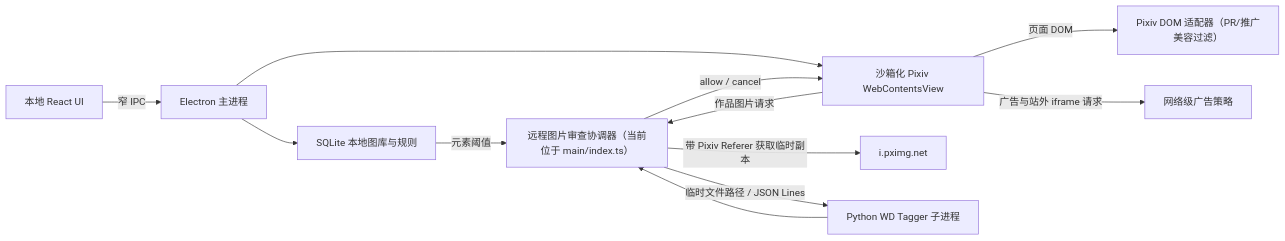
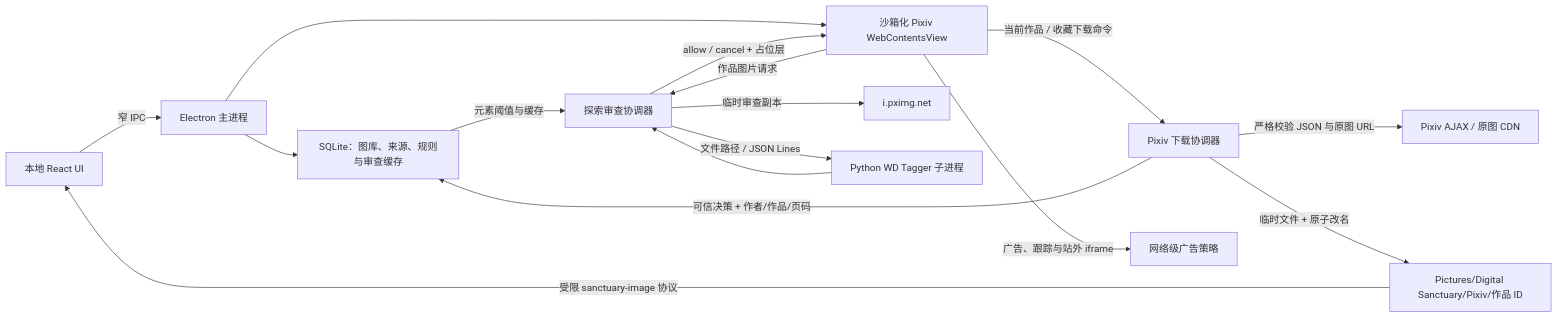
The diagram in ARCHITECTURE.md (DemonGatanjieu/Digital-Sanctuary), drawn with Mermaid before and after one commit. The commit also changed other lines of this file and 11 other files, not shown here.

Commit message:
docs: align architecture after gallery milestone

````diff
--- a/ARCHITECTURE.md
+++ b/ARCHITECTURE.md
@@ -22,14 +23,18 @@
 ```mermaid
 flowchart LR
   UI["本地 React UI"] -->|"窄 IPC"| MAIN["Electron 主进程"]
-  MAIN --> DB["SQLite 本地图库与规则"]
+  MAIN --> DB["SQLite：图库、来源、规则与审查缓存"]
   MAIN --> VIEW["沙箱化 Pixiv WebContentsView"]
-  VIEW -->|"作品图片请求"| REVIEW["远程图片审查协调器（当前位于 main/index.ts）"]
-  VIEW -->|"页面 DOM"| DOM["Pixiv DOM 适配器（PR/推广美容过滤）"]
-  REVIEW -->|"带 Pixiv Referer 获取临时副本"| CDN["i.pximg.net"]
-  REVIEW -->|"临时文件路径 / JSON Lines"| VISION["Python WD Tagger 子进程"]
+  VIEW -->|"作品图片请求"| REVIEW["探索审查协调器"]
+  VIEW -->|"当前作品 / 收藏下载命令"| DOWNLOAD["Pixiv 下载协调器"]
+  REVIEW -->|"临时审查副本"| CDN["i.pximg.net"]
+  REVIEW -->|"文件路径 / JSON Lines"| VISION["Python WD Tagger 子进程"]
   VISION --> REVIEW
-  DB -->|"元素阈值"| REVIEW
-  REVIEW -->|"allow / cancel"| VIEW
-  VIEW -->|"广告与站外 iframe 请求"| ADBLOCK["网络级广告策略"]
+  DB -->|"元素阈值与缓存"| REVIEW
+  REVIEW -->|"allow / cancel + 占位层"| VIEW
+  DOWNLOAD -->|"严格校验 JSON 与原图 URL"| PIXIV["Pixiv AJAX / 原图 CDN"]
+  DOWNLOAD -->|"临时文件 + 原子改名"| STORE["Pictures/Digital Sanctuary/Pixiv/作品 ID"]
+  STORE -->|"受限 sanctuary-image 协议"| UI
+  DOWNLOAD -->|"可信决策 + 作者/作品/页码"| DB
+  VIEW -->|"广告、跟踪与站外 iframe"| ADBLOCK["网络级广告策略"]
 ```
````
